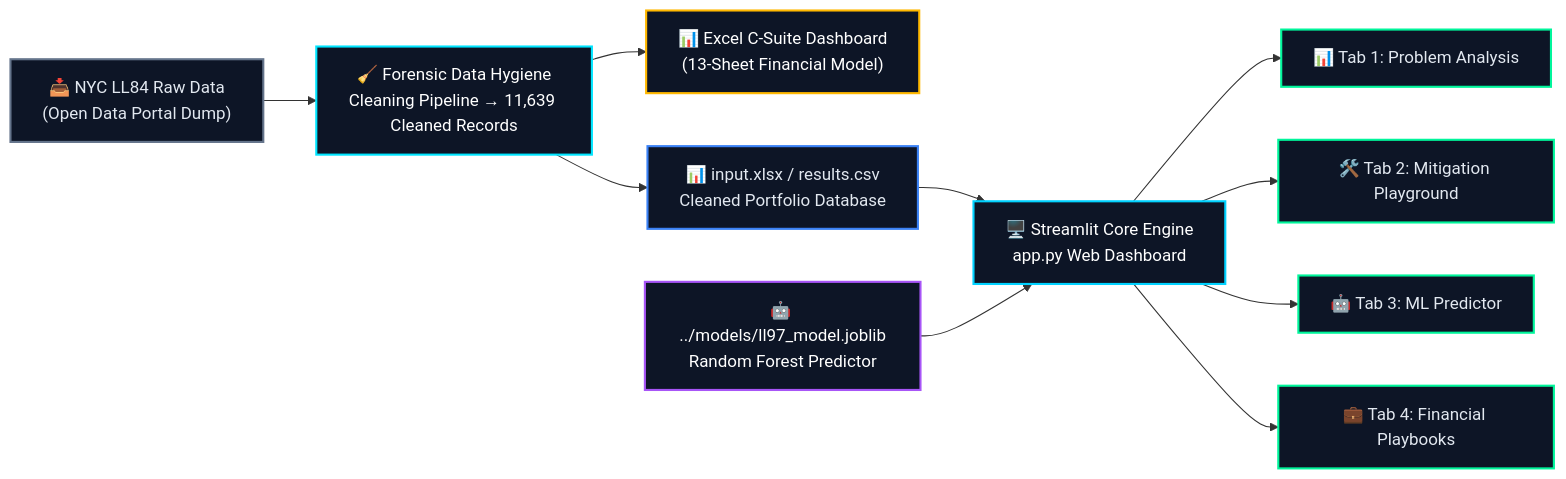
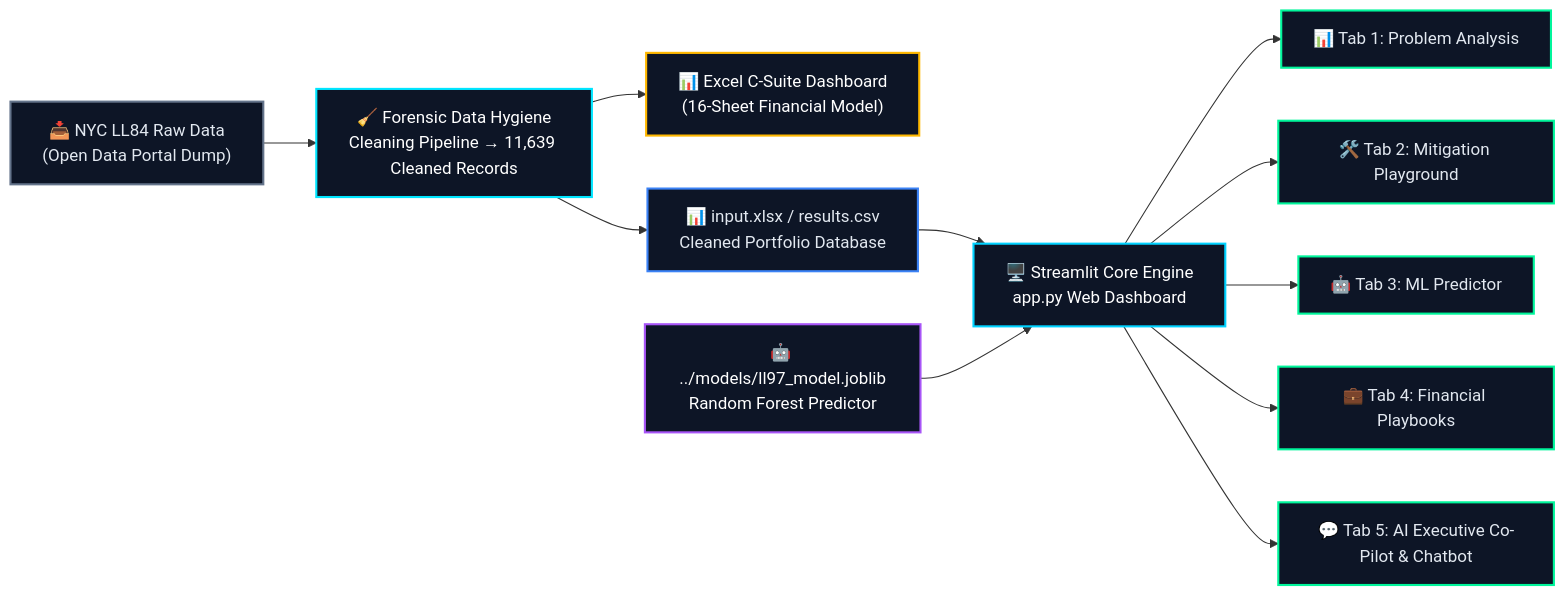
Before and after one commit to Huda-Amr/carbon-heist-mitigation: the diagram in application/README.md, drawn with Mermaid. The commit also changed other lines of this file and 3 other files, not shown here.

Commit message:
Add Tab 5 AI Chatbot node to application Mermaid architecture diagram, document itemized Tab 5 conversational suite, and standardize 16-sheet count across all docs

````diff
--- a/application/README.md
+++ b/application/README.md
@@ -33,20 +33,21 @@
 ```mermaid
 flowchart LR
     RAW["📥 NYC LL84 Raw Data\n(Open Data Portal Dump)"]:::raw --> CLEAN["🧹 Forensic Data Hygiene\nCleaning Pipeline → 11,639 Cleaned Records"]:::clean
-    CLEAN --> EXCEL["📊 Excel C-Suite Dashboard\n(13-Sheet Financial Model)"]:::excel
+    CLEAN --> EXCEL["📊 Excel C-Suite Dashboard\n(16-Sheet Financial Model)"]:::excel
     CLEAN --> DATA["📊 input.xlsx / results.csv\nCleaned Portfolio Database"]:::data
     DATA --> CORE["🖥️ Streamlit Core Engine\napp.py Web Dashboard"]:::core
     ML["🤖 ../models/ll97_model.joblib\nRandom Forest Predictor"]:::ml --> CORE
     CORE --> T1["📊 Tab 1: Problem Analysis"]:::tab
     CORE --> T2["🛠️ Tab 2: Mitigation Playground"]:::tab
     CORE --> T3["🤖 Tab 3: ML Predictor"]:::tab
     CORE --> T4["💼 Tab 4: Financial Playbooks"]:::tab
+    CORE --> T5["💬 Tab 5: AI Executive Co-Pilot & Chatbot"]:::tab
 
     classDef raw fill:#0d1526,stroke:#64748b,stroke-width:2px,color:#e2e8f0
     classDef clean fill:#0d1526,stroke:#00E5FF,stroke-width:2px,color:#ffffff
     classDef excel fill:#0d1526,stroke:#FFB800,stroke-width:2px,color:#ffffff
     classDef data fill:#0d1526,stroke:#3b82f6,stroke-width:2px,color:#e2e8f0
     classDef core fill:#0d1526,stroke:#00D2FF,stroke-width:2px,color:#ffffff
     classDef ml fill:#0d1526,stroke:#A855F7,stroke-width:2px,color:#ffffff
     classDef tab fill:#0d1526,stroke:#00F59B,stroke-width:2px,color:#e2e8f0
 ```
````
